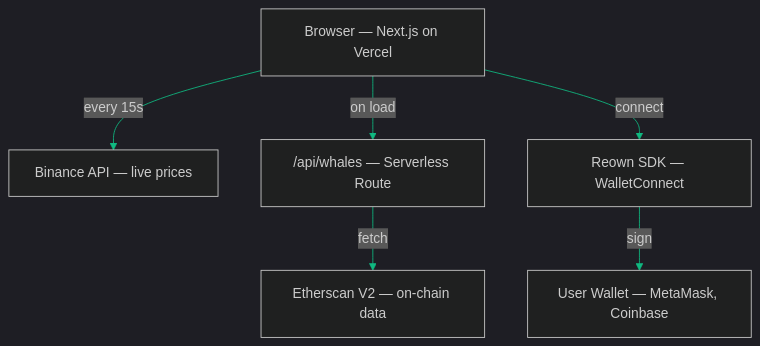
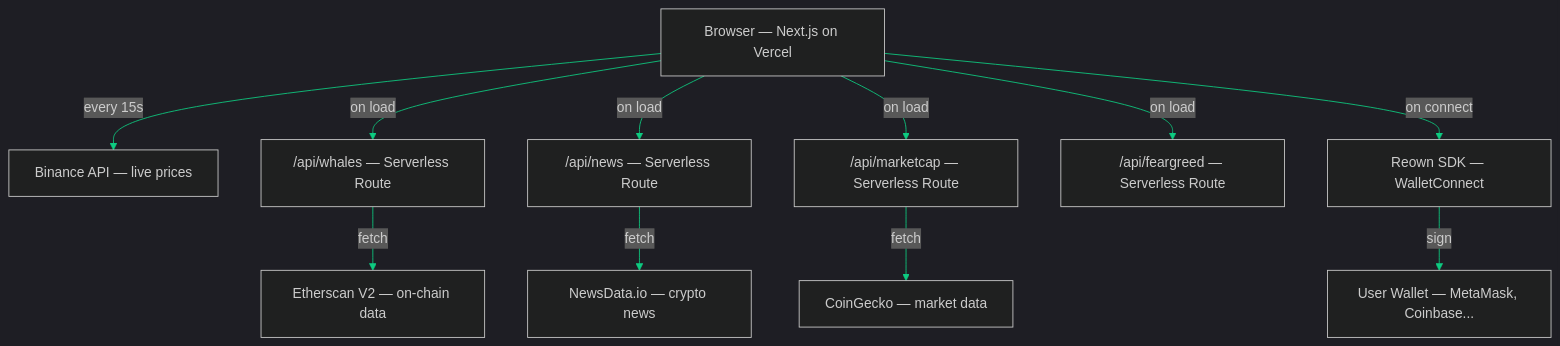
The diagram in README.md (kurzmichael02-hue/whaletrack), drawn with Mermaid before and after one commit. The commit also changed other lines of this file, not shown here.

````diff
--- a/README.md
+++ b/README.md
@@ -6,12 +20,17 @@
 ```mermaid
-%%{init: {'theme': 'dark', 'themeVariables': {'primaryColor': '#1a1f35', 'primaryTextColor': '#fff', 'primaryBorderColor': '#10b981', 'lineColor': '#10b981', 'secondaryColor': '#0d1529', 'tertiaryColor': '#0a0f1e'}}}%%
+%%{init: {'theme': 'dark', 'themeVariables': {'primaryColor': '#1a1f35', 'primaryTextColor': '#fff', 'primaryBorderColor': '#0ecb81', 'lineColor': '#0ecb81', 'secondaryColor': '#0d1529', 'tertiaryColor': '#0a0f1e'}}}%%
 flowchart TD
     Browser["Browser — Next.js on Vercel"]
 
     Browser -->|every 15s| Binance["Binance API — live prices"]
-    Browser -->|on load| API["/api/whales — Serverless Route"]
-    Browser -->|connect| Wallet["Reown SDK — WalletConnect"]
+    Browser -->|on load| Whales["/api/whales — Serverless Route"]
+    Browser -->|on load| News["/api/news — Serverless Route"]
+    Browser -->|on load| Market["/api/marketcap — Serverless Route"]
+    Browser -->|on load| FG["/api/feargreed — Serverless Route"]
+    Browser -->|on connect| Wallet["Reown SDK — WalletConnect"]
 
-    API -->|fetch| Etherscan["Etherscan V2 — on-chain data"]
-    Wallet -->|sign| UserWallet["User Wallet — MetaMask, Coinbase"]
+    Whales -->|fetch| Etherscan["Etherscan V2 — on-chain data"]
+    News -->|fetch| NewsData["NewsData.io — crypto news"]
+    Market -->|fetch| CoinGecko["CoinGecko — market data"]
+    Wallet -->|sign| UserWallet["User Wallet — MetaMask, Coinbase..."]
 ```
````
